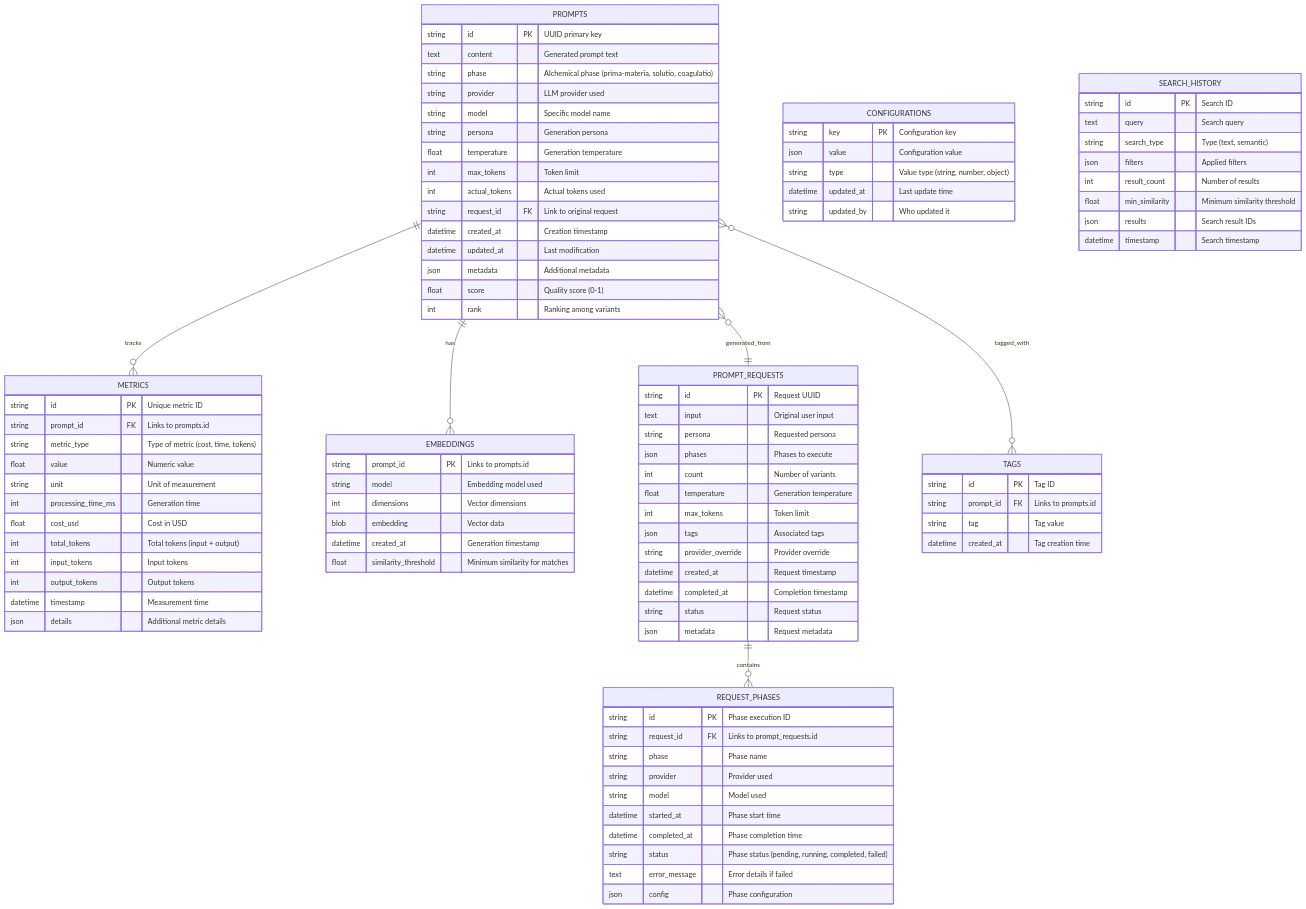
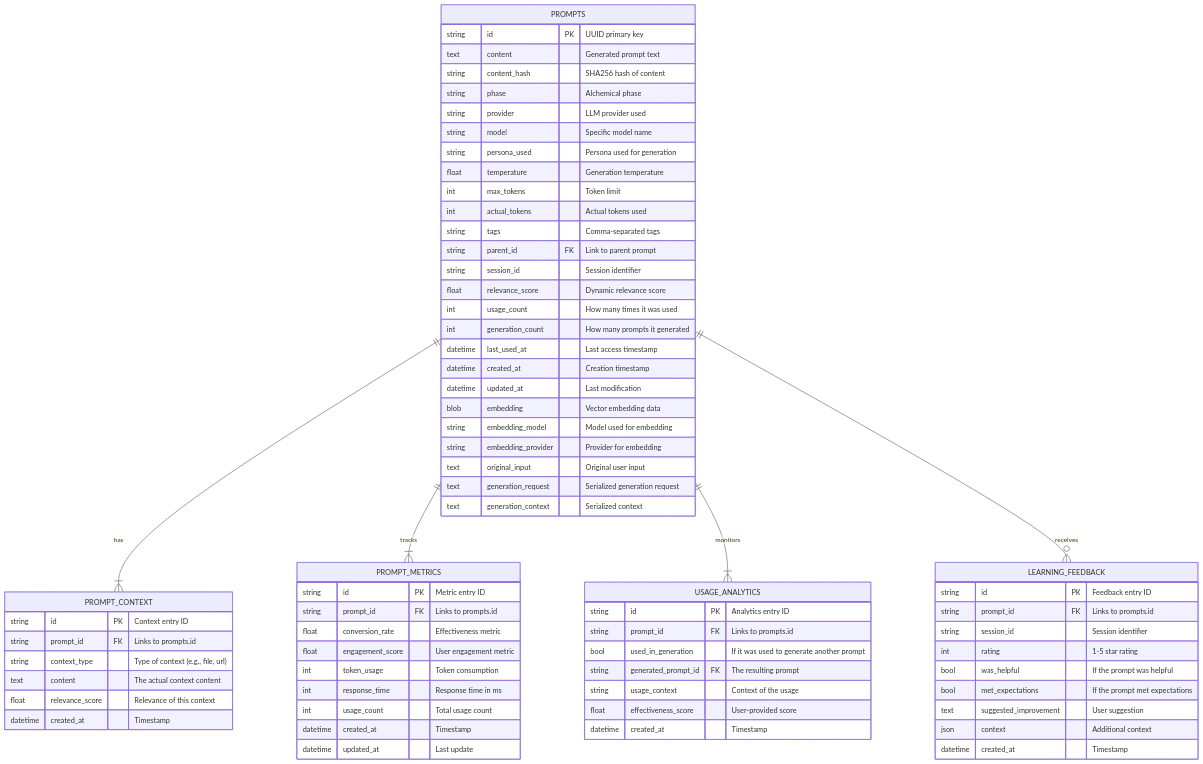
One commit to jonwraymond/prompt-alchemy changed the diagram in docs/assets/diagrams/database-schema.md. Above: the diagram before and after it, drawn with Mermaid. The commit also changed other lines of this file and 85 other files, not shown here.

````diff
--- a/docs/assets/diagrams/database-schema.md
+++ b/docs/assets/diagrams/database-schema.md
@@ -3,105 +3,78 @@
 ```mermaid
 erDiagram
-    PROMPTS ||--o{ METRICS : tracks
-    PROMPTS ||--o{ EMBEDDINGS : has
-    PROMPTS }o--|| PROMPT_REQUESTS : generated_from
-    PROMPTS }o--o{ TAGS : tagged_with
-    PROMPT_REQUESTS ||--o{ REQUEST_PHASES : contains
+    PROMPTS ||--|{ PROMPT_CONTEXT : "has"
+    PROMPTS ||--|{ PROMPT_METRICS : "tracks"
+    PROMPTS ||--|{ USAGE_ANALYTICS : "monitors"
+    PROMPTS ||--o{ LEARNING_FEEDBACK : "receives"
     
     PROMPTS {
         string id PK "UUID primary key"
         text content "Generated prompt text"
-        string phase "Alchemical phase (prima-materia, solutio, coagulatio)"
+        string content_hash "SHA256 hash of content"
+        string phase "Alchemical phase"
         string provider "LLM provider used"
         string model "Specific model name"
-        string persona "Generation persona"
+        string persona_used "Persona used for generation"
         float temperature "Generation temperature"
         int max_tokens "Token limit"
         int actual_tokens "Actual tokens used"
-        string request_id FK "Link to original request"
+        string tags "Comma-separated tags"
+        string parent_id FK "Link to parent prompt"
+        string session_id "Session identifier"
+        float relevance_score "Dynamic relevance score"
+        int usage_count "How many times it was used"
+        int generation_count "How many prompts it generated"
+        datetime last_used_at "Last access timestamp"
         datetime created_at "Creation timestamp"
         datetime updated_at "Last modification"
-        json metadata "Additional metadata"
-        float score "Quality score (0-1)"
-        int rank "Ranking among variants"
+        blob embedding "Vector embedding data"
+        string embedding_model "Model used for embedding"
+        string embedding_provider "Provider for embedding"
+        text original_input "Original user input"
+        text generation_request "Serialized generation request"
+        text generation_context "Serialized context"
+    }
+
+    PROMPT_CONTEXT {
+        string id PK "Context entry ID"
+        string prompt_id FK "Links to prompts.id"
+        string context_type "Type of context (e.g., file, url)"
+        text content "The actual context content"
+        float relevance_score "Relevance of this context"
+        datetime created_at "Timestamp"
+    }
+
+    PROMPT_METRICS {
+        string id PK "Metric entry ID"
+        string prompt_id FK "Links to prompts.id"
+        float conversion_rate "Effectiveness metric"
+        float engagement_score "User engagement metric"
+        int token_usage "Token consumption"
+        int response_time "Response time in ms"
+        int usage_count "Total usage count"
+        datetime created_at "Timestamp"
+        datetime updated_at "Last update"
+    }
+
+    USAGE_ANALYTICS {
+        string id PK "Analytics entry ID"
+        string prompt_id FK "Links to prompts.id"
+        bool used_in_generation "If it was used to generate another prompt"
+        string generated_prompt_id FK "The resulting prompt"
+        string usage_context "Context of the usage"
+        float effectiveness_score "User-provided score"
+        datetime created_at "Timestamp"
     }
     
-    EMBEDDINGS {
-        string prompt_id PK "Links to prompts.id"
-        string model "Embedding model used"
-        int dimensions "Vector dimensions"
-        blob embedding "Vector data"
-        datetime created_at "Generation timestamp"
-        float similarity_threshold "Minimum similarity for matches"
-    }
-    
-    METRICS {
-        string id PK "Unique metric ID"
+    LEARNING_FEEDBACK {
+        string id PK "Feedback entry ID"
         string prompt_id FK "Links to prompts.id"
-        string metric_type "Type of metric (cost, time, tokens)"
-        float value "Numeric value"
-        string unit "Unit of measurement"
-        int processing_time_ms "Generation time"
-        float cost_usd "Cost in USD"
-        int total_tokens "Total tokens (input + output)"
-        int input_tokens "Input tokens"
-        int output_tokens "Output tokens"
-        datetime timestamp "Measurement time"
-        json details "Additional metric details"
-    }
-    
-    PROMPT_REQUESTS {
-        string id PK "Request UUID"
-        text input "Original user input"
-        string persona "Requested persona"
-        json phases "Phases to execute"
-        int count "Number of variants"
-        float temperature "Generation temperature"
-        int max_tokens "Token limit"
-        json tags "Associated tags"
-        string provider_override "Provider override"
-        datetime created_at "Request timestamp"
-        datetime completed_at "Completion timestamp"
-        string status "Request status"
-        json metadata "Request metadata"
-    }
-    
-    REQUEST_PHASES {
-        string id PK "Phase execution ID"
-        string request_id FK "Links to prompt_requests.id"
-        string phase "Phase name"
-        string provider "Provider used"
-        string model "Model used"
-        datetime started_at "Phase start time"
-        datetime completed_at "Phase completion time"
-        string status "Phase status (pending, running, completed, failed)"
-        text error_message "Error details if failed"
-        json config "Phase configuration"
-    }
-    
-    TAGS {
-        string id PK "Tag ID"
-        string prompt_id FK "Links to prompts.id"
-        string tag "Tag value"
-        datetime created_at "Tag creation time"
-    }
-    
-    CONFIGURATIONS {
-        string key PK "Configuration key"
-        json value "Configuration value"
-        string type "Value type (string, number, object)"
-        datetime updated_at "Last update time"
-        string updated_by "Who updated it"
-    }
-    
-    SEARCH_HISTORY {
-        string id PK "Search ID"
-        text query "Search query"
-        string search_type "Type (text, semantic)"
-        json filters "Applied filters"
-        int result_count "Number of results"
-        float min_similarity "Minimum similarity threshold"
-        json results "Search result IDs"
-        datetime timestamp "Search timestamp"
+        string session_id "Session identifier"
+        int rating "1-5 star rating"
+        bool was_helpful "If the prompt was helpful"
+        bool met_expectations "If the prompt met expectations"
+        text suggested_improvement "User suggestion"
+        json context "Additional context"
+        datetime created_at "Timestamp"
     }
 ```
````
